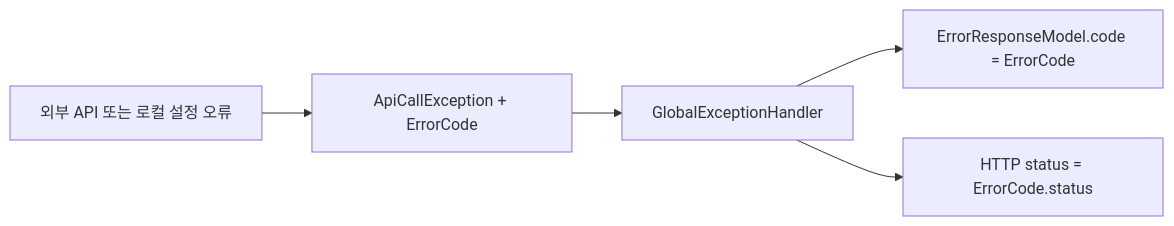
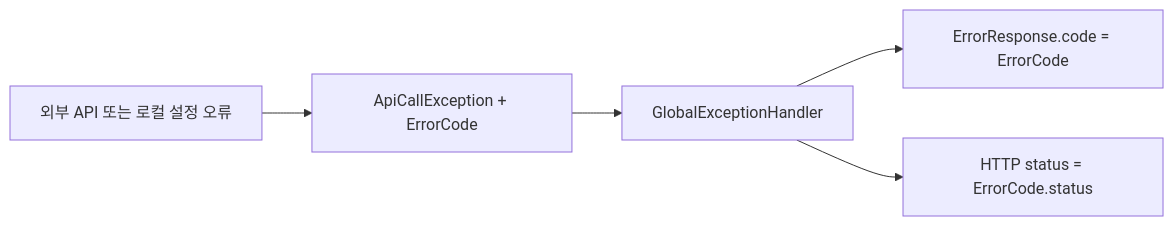
The second of 2 diagrams in docs/architecture.md (DongHyeonEom/umji-market-api), drawn with Mermaid before and after one commit. The commit also changed other lines of this file and 8 other files, not shown here.

````diff
--- a/docs/architecture.md
+++ b/docs/architecture.md
@@ -45,7 +85,7 @@
 ```mermaid
 flowchart LR
     FAIL[외부 API 또는 로컬 설정 오류] --> EX[ApiCallException + ErrorCode]
     EX --> HANDLER[GlobalExceptionHandler]
-    HANDLER --> BODY[ErrorResponseModel.code = ErrorCode]
+    HANDLER --> BODY[ErrorResponse.code = ErrorCode]
     HANDLER --> STATUS[HTTP status = ErrorCode.status]
 ```
````
